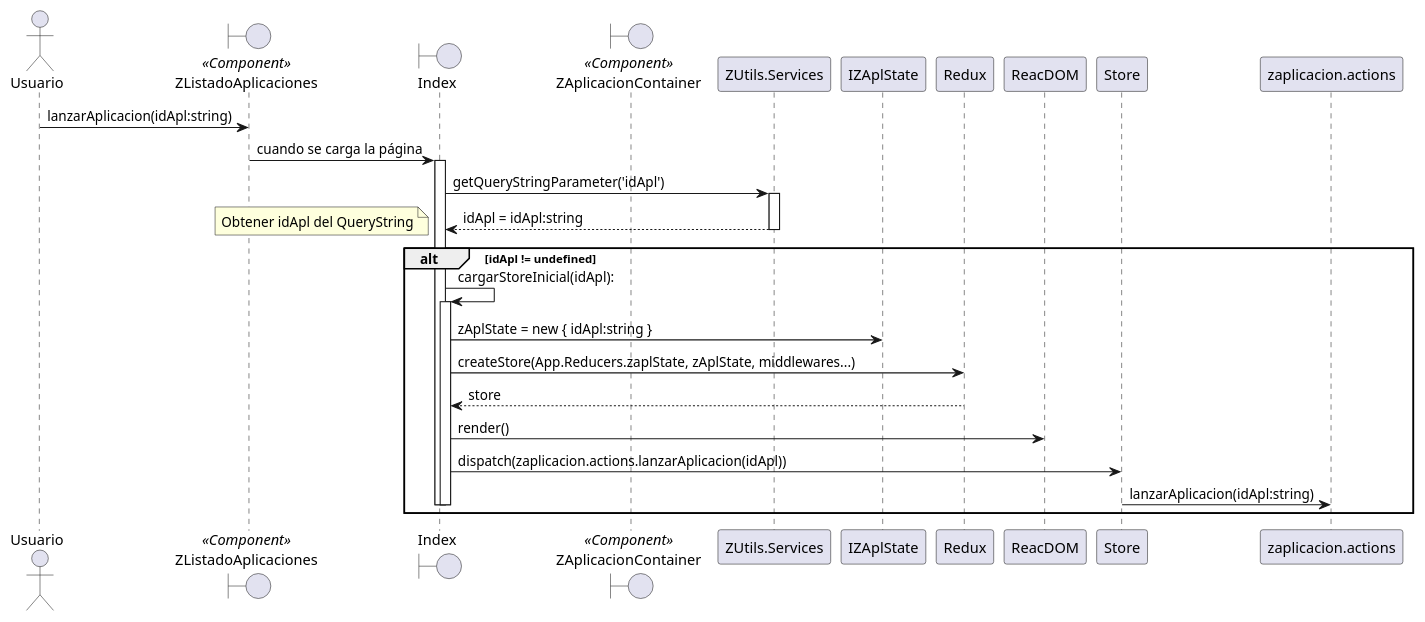
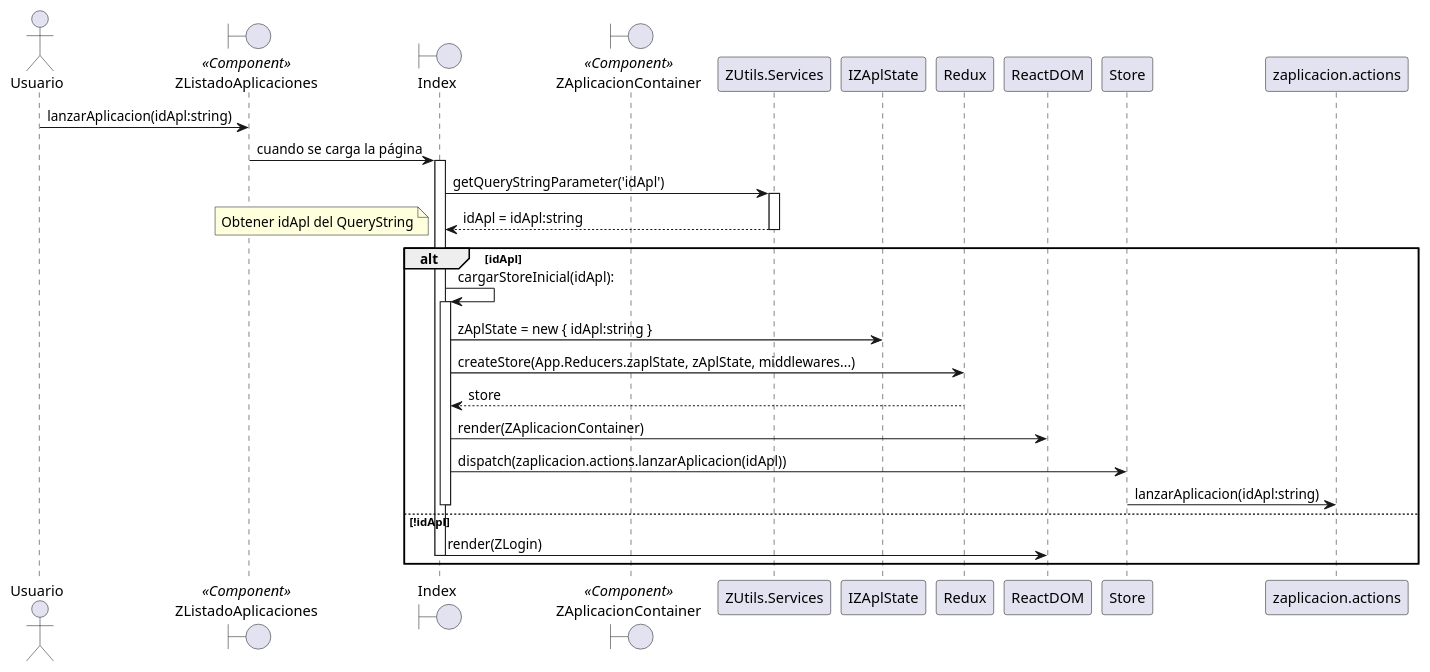
One commit to ceriosp/azenweb changed the diagram in docs/zaplicacion/lanzar-aplicacion-sequence.wsd. Above: the diagram before and after it, drawn with PlantUML. The commit also changed 2 other files, not shown here.

```diff
--- a/docs/zaplicacion/lanzar-aplicacion-sequence.wsd
+++ b/docs/zaplicacion/lanzar-aplicacion-sequence.wsd
@@ -1,34 +1,35 @@
 @startuml
 
 actor Usuario
 
 boundary ZListadoAplicaciones <<Component>>
 boundary Index
 boundary ZAplicacionContainer <<Component>>
 
 Usuario -> ZListadoAplicaciones: lanzarAplicacion(idApl:string)
 ZListadoAplicaciones -> Index : cuando se carga la página
 activate Index
 
 Index -> ZUtils.Services : getQueryStringParameter('idApl')
 activate ZUtils.Services
 Index <-- ZUtils.Services: idApl = idApl:string
 deactivate ZUtils.Services
 
-alt idApl != undefined
+alt idApl
 
 note left: Obtener idApl del QueryString
 Index -> Index:cargarStoreInicial(idApl):
 activate Index
 Index -> IZAplState : zAplState = new { idApl:string }
 Index -> Redux: createStore(App.Reducers.zaplState, zAplState, middlewares...)
 Index <-- Redux: store
-Index -> ReacDOM: render()
+Index -> ReactDOM: render(ZAplicacionContainer)
 Index -> Store: dispatch(zaplicacion.actions.lanzarAplicacion(idApl))
 Store -> zaplicacion.actions: lanzarAplicacion(idApl:string)
-
 deactivate Index
+else !idApl
+Index -> ReactDOM: render(ZLogin)
 deactivate Index
 end
 
 @enduml
```
